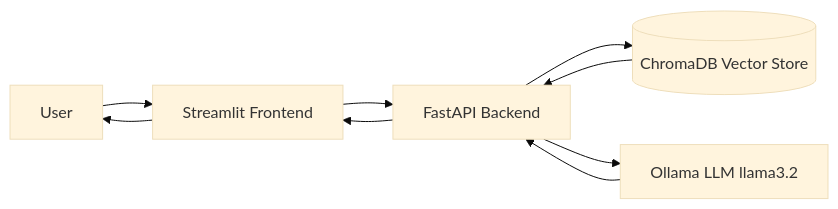
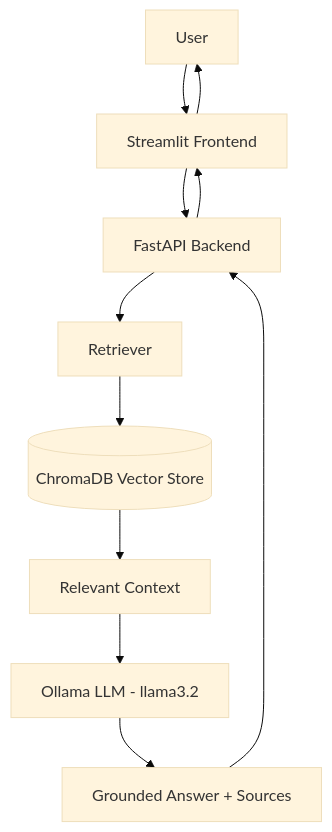
One commit to Doha-mostafaa/rag-assistant-project changed the diagram in README.md. Above: the diagram before and after it, drawn with Mermaid (base theme). The commit also changed other lines of this file and 2 other files, not shown here.

````diff
--- a/README.md
+++ b/README.md
@@ -7,11 +7,22 @@
 ```mermaid
-flowchart LR
-    User --> Streamlit[Streamlit Frontend]
-    Streamlit --> FastAPI[FastAPI Backend]
-    FastAPI --> VectorStore[(ChromaDB Vector Store)]
-    FastAPI --> LLM[Ollama LLM llama3.2]
-    VectorStore --> FastAPI
-    LLM --> FastAPI
-    FastAPI --> Streamlit
-    Streamlit --> User
+flowchart TD
+    User[User]
+    Frontend[Streamlit Frontend]
+    Backend[FastAPI Backend]
+    Retriever[Retriever]
+    VectorStore[(ChromaDB Vector Store)]
+    Context[Relevant Context]
+    LLM[Ollama LLM - llama3.2]
+    Answer[Grounded Answer + Sources]
+
+    User --> Frontend
+    Frontend --> Backend
+    Backend --> Retriever
+    Retriever --> VectorStore
+    VectorStore --> Context
+    Context --> LLM
+    LLM --> Answer
+    Answer --> Backend
+    Backend --> Frontend
+    Frontend --> User
 ```
````
